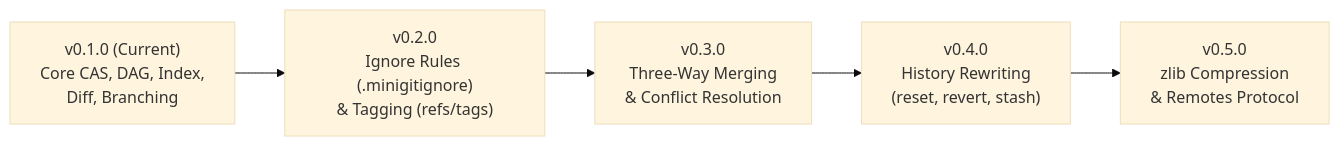
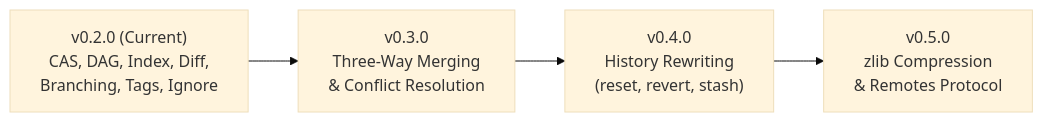
One commit to sagarkrjha/minigit changed the diagram in FEATURES.md. Above: the diagram before and after it, drawn with Mermaid (base theme). The commit also changed other lines of this file and 10 other files, not shown here.

Commit message:
feat: add ignore rules and tag command

````diff
--- a/FEATURES.md
+++ b/FEATURES.md
@@ -705,7 +829,6 @@
 ```mermaid
 flowchart LR
-    A["v0.1.0 (Current)<br/>Core CAS, DAG, Index,<br/>Diff, Branching"] --> B["v0.2.0<br/>Ignore Rules (.minigitignore)<br/>& Tagging (refs/tags)"]
-    B --> C["v0.3.0<br/>Three-Way Merging<br/>& Conflict Resolution"]
-    C --> D["v0.4.0<br/>History Rewriting<br/>(reset, revert, stash)"]
-    D --> E["v0.5.0<br/>zlib Compression<br/>& Remotes Protocol"]
+    A["v0.2.0 (Current)<br/>CAS, DAG, Index, Diff,<br/>Branching, Tags, Ignore"] --> B["v0.3.0<br/>Three-Way Merging<br/>& Conflict Resolution"]
+    B --> C["v0.4.0<br/>History Rewriting<br/>(reset, revert, stash)"]
+    C --> D["v0.5.0<br/>zlib Compression<br/>& Remotes Protocol"]
 ```
````
